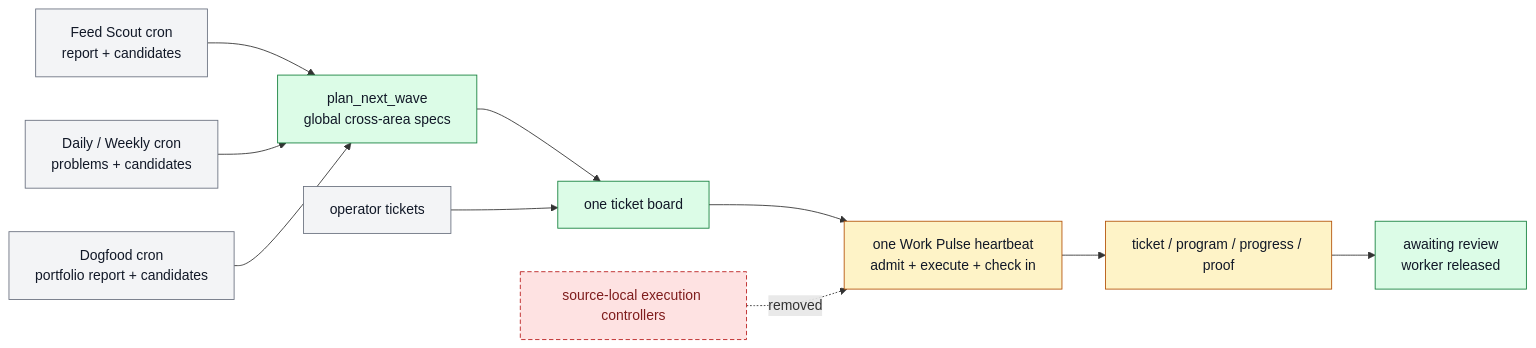
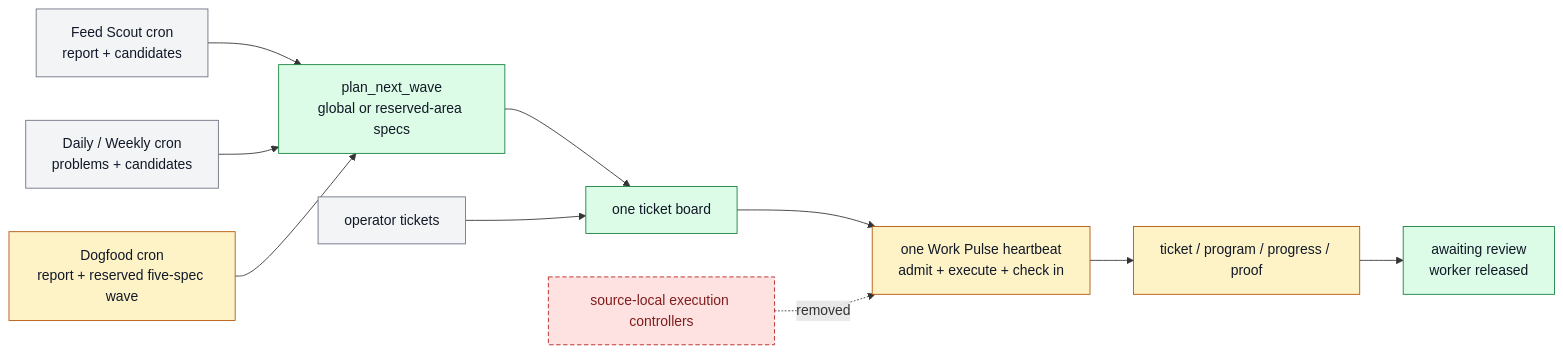
Before and after one commit to ZanarkandTechnologies/Farplane: the diagram in docs/farplane-framework/pulse-and-interval-loop.md, drawn with Mermaid. The commit also changed other lines of this file and 123 other files, not shown here.

````diff
--- a/docs/farplane-framework/pulse-and-interval-loop.md
+++ b/docs/farplane-framework/pulse-and-interval-loop.md
@@ -72,26 +88,26 @@
 ```mermaid
 flowchart LR
   classDef keep fill:#f3f4f6,stroke:#6b7280,color:#111827
   classDef changed fill:#fef3c7,stroke:#b45309,color:#111827
   classDef added fill:#dcfce7,stroke:#15803d,color:#111827
   classDef retired fill:#fee2e2,stroke:#b91c1c,color:#7f1d1d,stroke-dasharray: 5 3
 
-  planner["plan_next_wave<br/>global cross-area specs"]:::added
+  planner["plan_next_wave<br/>global or reserved-area specs"]:::added
   feed["Feed Scout cron<br/>report + candidates"]:::keep
   interval["Daily / Weekly cron<br/>problems + candidates"]:::keep
-  dogfood["Dogfood cron<br/>portfolio report + candidates"]:::keep
+  dogfood["Dogfood cron<br/>report + reserved five-spec wave"]:::changed
   operator["operator tickets"]:::keep
   board["one ticket board"]:::added
   pulse["one Work Pulse heartbeat<br/>admit + execute + check in"]:::changed
   worker["ticket / program / progress / proof"]:::changed
   review["awaiting review<br/>worker released"]:::added
   controllers["source-local execution controllers"]:::retired
 
   feed --> planner
   interval --> planner
   dogfood --> planner
   planner --> board
   operator --> board
   board --> pulse --> worker --> review
   controllers -. removed .-> pulse
 ```
````
